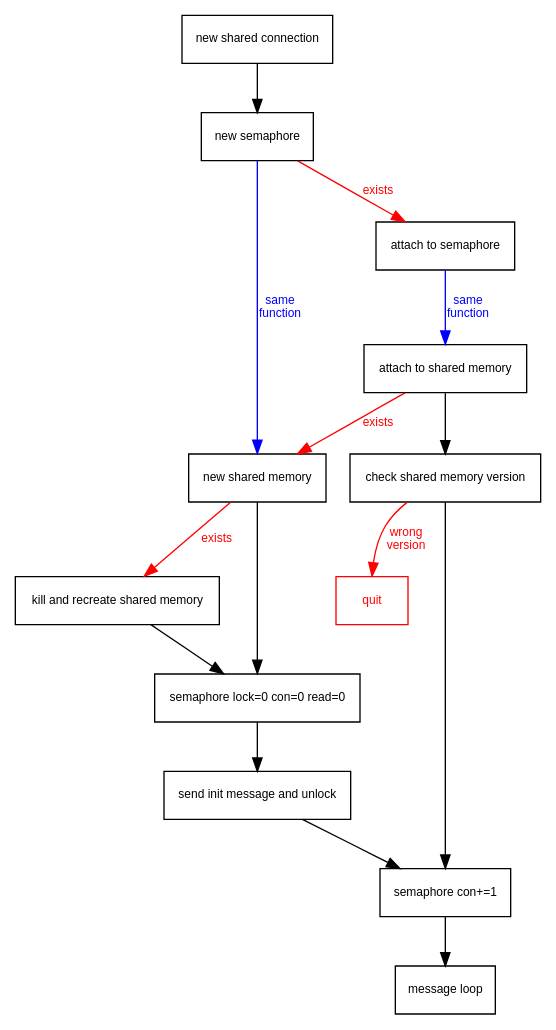
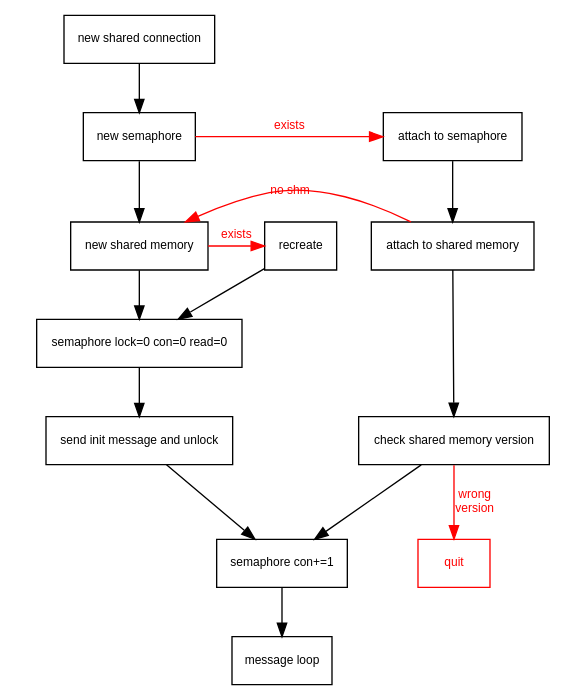
Before and after one commit to rbong/shcon: the diagram in doxy/shcon_connect.dot, drawn with Graphviz.

Commit message:
Modified shared connection start flowchart.

```diff
--- a/doxy/shcon_connect.dot
+++ b/doxy/shcon_connect.dot
@@ -1,72 +1,69 @@
 /**
 @brief The protocol for connecting to a shared connection.
 **/
 digraph shcon_connect_protocol
 {
     node [shape=box,fontname="Sans-Serif",fontsize=9];
     edge [fontname="Sans-Serif",fontsize=9];
 
-    shcon_connect [label="new shared connection",URL="\ref shcon_connect",
-                  group="create"];
+    shcon_connect [label="new shared connection",URL="\ref shcon_connect"];
 
-    sem_create [label="new semaphore",URL="\ref shcon_create_sem_shm",
-               group="create"];
+    sem_create [label="new semaphore",URL="\ref shcon_create_sem_shm",group="con"];
+               
+    shm_create [label="new shared memory",URL="\ref shcon_create_sem_shm",group="con"];
 
-    shm_create [label="new shared memory",URL="\ref shcon_create_sem_shm",
-               group="create"];
+    shm_kill [label="recreate",URL="\ref shcon_create_kill_shm"];
 
-    shm_kill [label="kill and recreate shared memory",
-             URL="\ref shcon_create_kill_shm"];
+    sem_init [label="semaphore lock=0 con=0 read=0",URL="\ref shcon_init_sem",group="con"];
 
-    sem_init [label="semaphore lock=0 con=0 read=0",URL="\ref shcon_init_sem",
-             group="create"];
+    shm_init [label="send init message and unlock",URL="\ref shcon_init_shm",group="con"];
 
-    shm_init [label="send init message and unlock",URL="\ref shcon_init_shm",
-             group="create"];
+    sem_attach [label="attach to semaphore",URL="\ref shcon_attach_sem_shm"];
 
-    sem_attach [label="attach to semaphore",URL="\ref shcon_attach_sem_shm",
-               group="attach"];
-
-    shm_attach [label="attach to shared memory",
-               URL="\ref shcon_attach_sem_shm",group="attach"];
+    shm_attach [label="attach to shared memory",URL="\ref shcon_attach_sem_shm"];
 
     quit [color="red",fontcolor=red];
 
-    shm_check [label="check shared memory version",
-              URL="\ref shcon_check_shm_ver",group="attach"];
+    shm_check [label="check shared memory version",URL="\ref shcon_check_shm_ver"];
 
-    sem_con [label="semaphore con+=1",URL="\ref shcon_add_sem_con",
-            group="attach"];
+    sem_con [label="semaphore con+=1",URL="\ref shcon_add_sem_con"];
 
-    msg_loop [label="message loop", group="attach"];
+    msg_loop [label="message loop"];
+
+    dummy [style=invis]
 
     shcon_connect -> sem_create;
 
-    sem_create -> shm_create [color="blue",
-               fontcolor=blue,label="same\nfunction"];
+    subgraph cluster1
+    {
+        color=white
+        sem_create -> shm_create -> sem_init -> shm_init;
+    }
+
+    subgraph cluster2
+    {
+        color=white
+        sem_attach -> shm_attach -> shm_check;
+        // align nodes properly
+        shm_attach -> dummy -> shm_check [style=invis,weight=0]
+    }
 
     shm_create -> shm_kill [color=red,fontcolor=red,label="exists"];
+    shm_kill -> sem_init
 
-    shm_create -> sem_init;
+    sem_create -> sem_attach
+        [color=red,fontcolor=red,label="exists",constraint=false];
 
-    sem_init -> shm_init;
+    shm_attach -> shm_create
+        [color=red,fontcolor=red,label="no shm",constraint=false];
 
-    shm_kill -> sem_init;
+    shm_check -> quit
+        [color=red,fontcolor=red,label="wrong\nversion"];
 
-    shm_init -> sem_con;
+    shm_init -> sem_con
 
-    sem_create -> sem_attach [color=red,fontcolor=red,label="exists"];
+    shm_check -> sem_con
 
-    sem_attach -> shm_attach [color="blue",fontcolor=blue,
-               label="same\nfunction"];
+    sem_con -> msg_loop
 
-    shm_attach -> shm_create [color=red,fontcolor=red,label="exists"];
-
-    shm_attach -> shm_check;
-
-    shm_check -> quit [color=red,fontcolor=red,label="wrong\nversion"];
-
-    shm_check -> sem_con;
-
-    sem_con -> msg_loop;
 }
```
